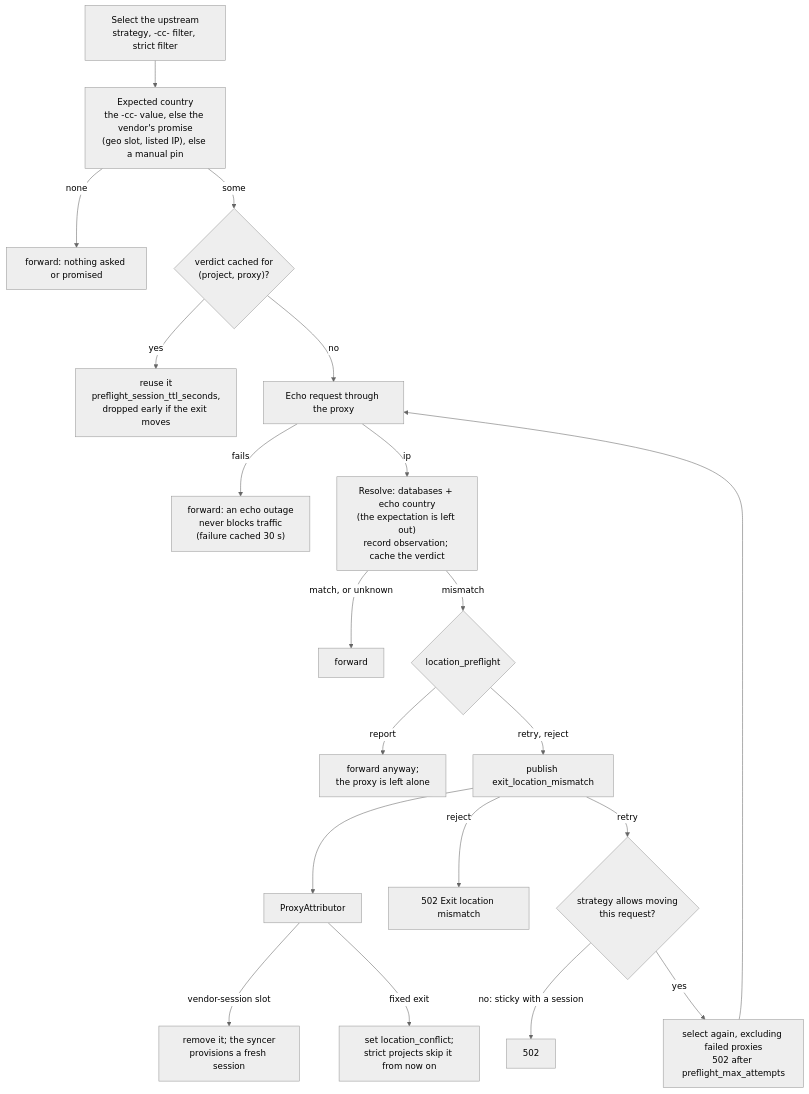
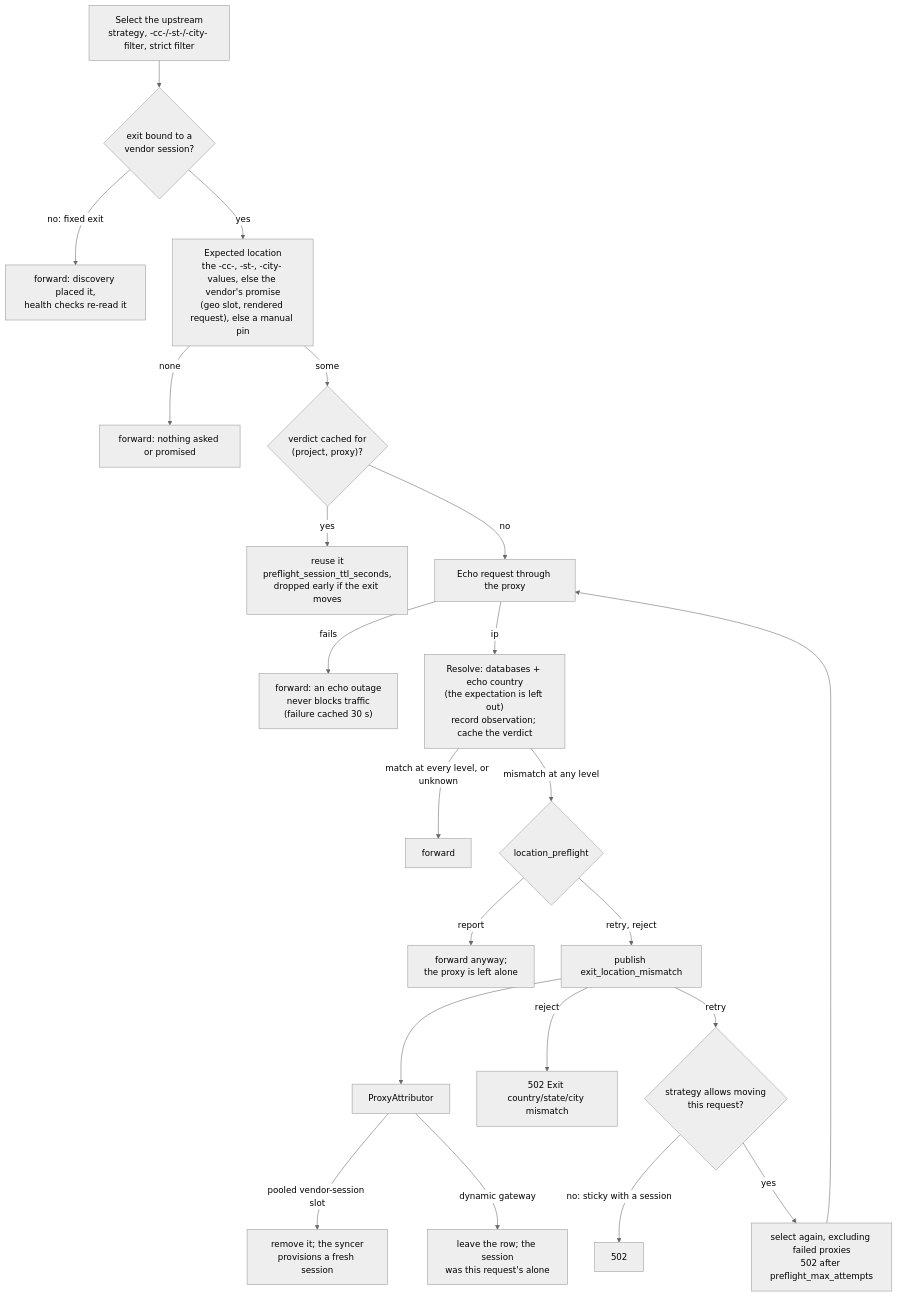
Before and after one commit to octoprox/octoprox: the third of 4 diagrams in docs/ip-attribution.md, drawn with Mermaid (neutral theme). The commit also changed other lines of this file and 76 other files, not shown here.

````diff
--- a/docs/ip-attribution.md
+++ b/docs/ip-attribution.md
@@ -62,22 +62,24 @@
 ```mermaid
 flowchart TD
-    select["Select the upstream<br/>strategy, -cc- filter, strict filter"] --> expected["Expected country<br/>the -cc- value, else the vendor's promise<br/>(geo slot, listed IP), else a manual pin"]
+    select["Select the upstream<br/>strategy, -cc-/-st-/-city- filter, strict filter"] --> bound{"exit bound to a<br/>vendor session?"}
+    bound -->|"no: fixed exit"| fwd0["forward: discovery placed it,<br/>health checks re-read it"]
+    bound -->|yes| expected["Expected location<br/>the -cc-, -st-, -city- values, else the vendor's promise<br/>(geo slot, rendered request), else a manual pin"]
     expected -->|none| fwd1["forward: nothing asked or promised"]
     expected -->|some| cached{"verdict cached for<br/>(project, proxy)?"}
     cached -->|yes| reuse["reuse it<br/>preflight_session_ttl_seconds,<br/>dropped early if the exit moves"]
     cached -->|no| echo["Echo request through the proxy"]
     echo -->|fails| fwd2["forward: an echo outage<br/>never blocks traffic<br/>(failure cached 30 s)"]
     echo -->|ip| resolve["Resolve: databases + echo country<br/>(the expectation is left out)<br/>record observation; cache the verdict"]
-    resolve -->|"match, or unknown"| fwd3["forward"]
-    resolve -->|mismatch| mode{"location_preflight"}
+    resolve -->|"match at every level, or unknown"| fwd3["forward"]
+    resolve -->|"mismatch at any level"| mode{"location_preflight"}
     mode -->|report| fwd4["forward anyway;<br/>the proxy is left alone"]
     mode -->|"retry, reject"| mismatch["publish exit_location_mismatch"]
     mismatch --> attributor["ProxyAttributor"]
-    attributor -->|"vendor-session slot"| rotate["remove it; the syncer<br/>provisions a fresh session"]
-    attributor -->|"fixed exit"| flag["set location_conflict;<br/>strict projects skip it from now on"]
-    mismatch -->|reject| r502["502 Exit location mismatch"]
+    attributor -->|"pooled vendor-session slot"| rotate["remove it; the syncer<br/>provisions a fresh session"]
+    attributor -->|"dynamic gateway"| leave["leave the row; the session<br/>was this request's alone"]
+    mismatch -->|reject| r502["502 Exit country/state/city mismatch"]
     mismatch -->|retry| allowed{"strategy allows moving<br/>this request?"}
     allowed -->|"no: sticky with a session"| r502b["502"]
     allowed -->|yes| reselect["select again, excluding failed proxies<br/>502 after preflight_max_attempts"]
     reselect --> echo
 ```
````
